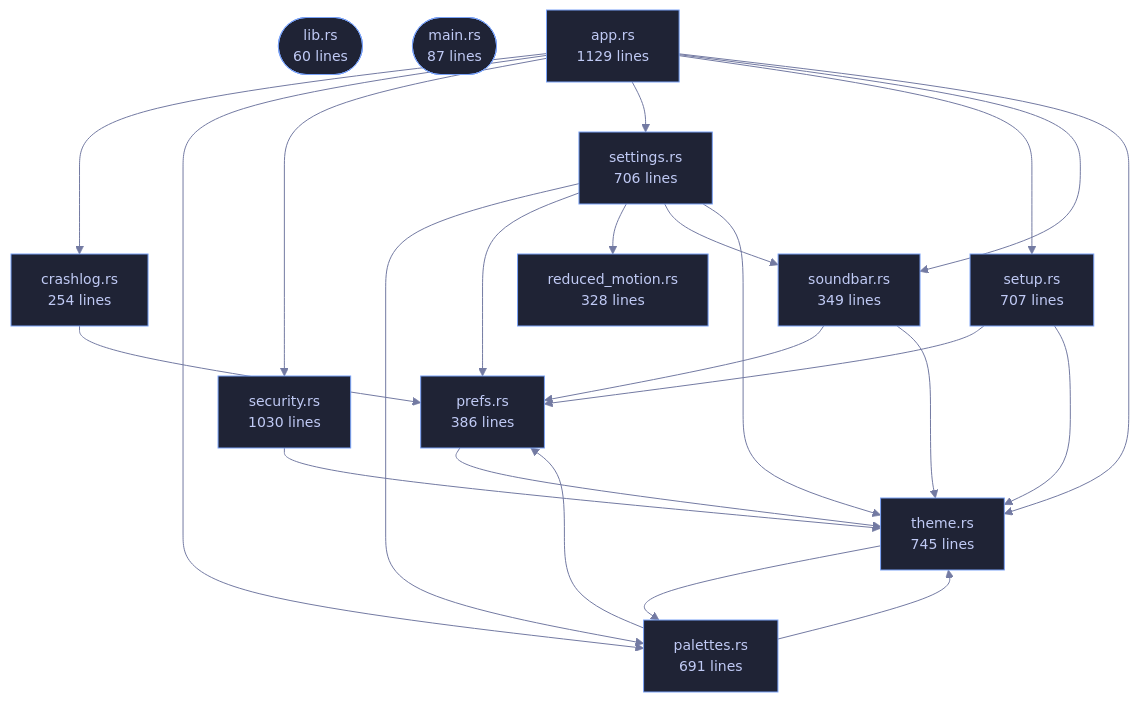
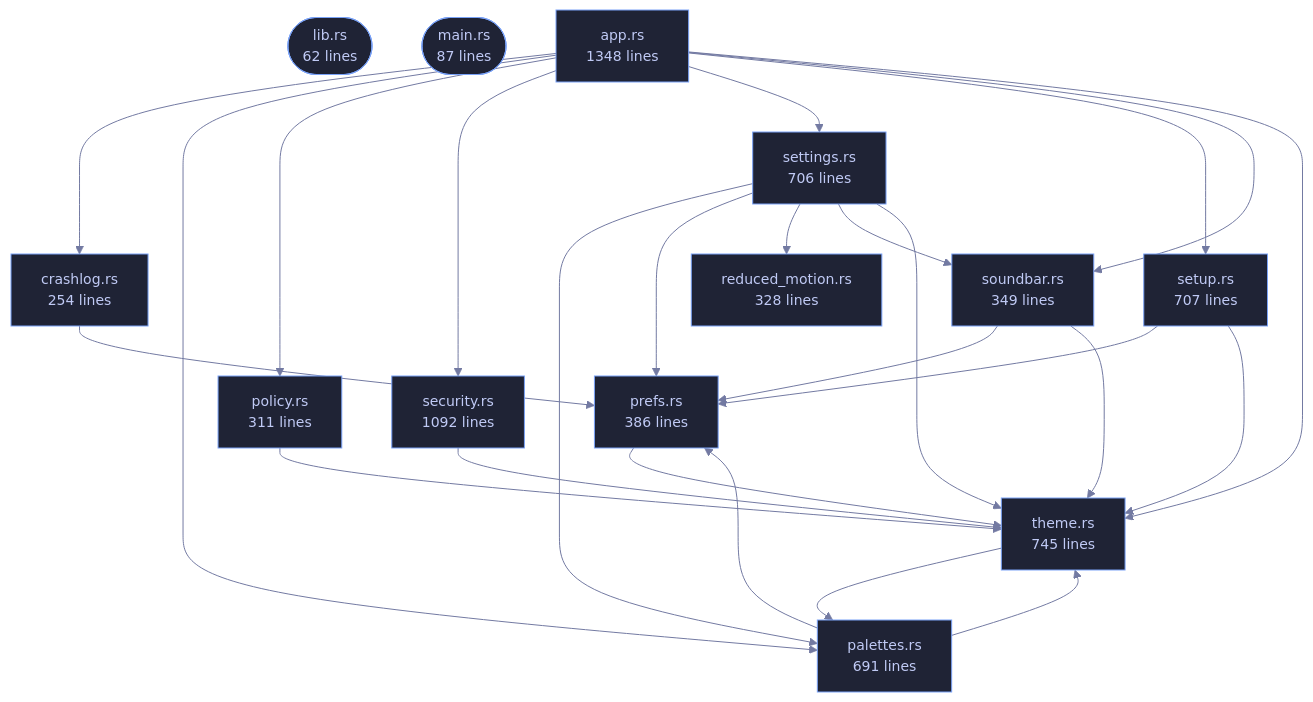
One commit to tilas01/veilvoice changed the diagram in crates/veilvoice-gui/README.md. Above: the diagram before and after it, drawn with Mermaid. The commit also changed other lines of this file and 68 other files, not shown here.

````diff
--- a/crates/veilvoice-gui/README.md
+++ b/crates/veilvoice-gui/README.md
@@ -72,50 +73,54 @@
 ```mermaid
 %%{init: {"theme":"base","themeVariables":{"background":"#1a1b26","primaryColor":"#1f2335","primaryTextColor":"#c0caf5","primaryBorderColor":"#7aa2f7","secondaryColor":"#16161e","tertiaryColor":"#16161e","lineColor":"#737aa2","textColor":"#c0caf5","mainBkg":"#1f2335","nodeBorder":"#7aa2f7","clusterBkg":"#16161e","clusterBorder":"#2f3549","fontFamily":"ui-monospace, SFMono-Regular, Consolas, monospace","fontSize":"14px"}}}%%
 flowchart TD
-    n_lib(["lib.rs<br/>60 lines"])
+    n_lib(["lib.rs<br/>62 lines"])
     n_main(["main.rs<br/>87 lines"])
-    n_app["app.rs<br/>1129 lines"]
+    n_app["app.rs<br/>1348 lines"]
     n_crashlog["crashlog.rs<br/>254 lines"]
     n_palettes["palettes.rs<br/>691 lines"]
+    n_policy["policy.rs<br/>311 lines"]
     n_prefs["prefs.rs<br/>386 lines"]
     n_reduced_motion["reduced_motion.rs<br/>328 lines"]
-    n_security["security.rs<br/>1030 lines"]
+    n_security["security.rs<br/>1092 lines"]
     n_settings["settings.rs<br/>706 lines"]
     n_setup["setup.rs<br/>707 lines"]
     n_soundbar["soundbar.rs<br/>349 lines"]
     n_theme["theme.rs<br/>745 lines"]
     n_app --> n_crashlog
     n_app --> n_palettes
+    n_app --> n_policy
     n_app --> n_security
     n_app --> n_settings
     n_app --> n_setup
     n_app --> n_soundbar
     n_app --> n_theme
     n_crashlog --> n_prefs
     n_palettes --> n_prefs
     n_palettes --> n_theme
+    n_policy --> n_theme
     n_prefs --> n_theme
     n_security --> n_theme
     n_settings --> n_palettes
     n_settings --> n_prefs
     n_settings --> n_reduced_motion
     n_settings --> n_soundbar
     n_settings --> n_theme
     n_setup --> n_prefs
     n_setup --> n_theme
     n_soundbar --> n_prefs
     n_soundbar --> n_theme
     n_theme --> n_palettes
     click n_lib href "https://github.com/tilas01/veilvoice/blob/main/crates/veilvoice-gui/src/lib.rs" "open the source"
     click n_main href "https://github.com/tilas01/veilvoice/blob/main/crates/veilvoice-gui/src/main.rs" "open the source"
     click n_app href "https://github.com/tilas01/veilvoice/blob/main/crates/veilvoice-gui/src/app.rs" "open the source"
     click n_crashlog href "https://github.com/tilas01/veilvoice/blob/main/crates/veilvoice-gui/src/crashlog.rs" "open the source"
     click n_palettes href "https://github.com/tilas01/veilvoice/blob/main/crates/veilvoice-gui/src/palettes.rs" "open the source"
+    click n_policy href "https://github.com/tilas01/veilvoice/blob/main/crates/veilvoice-gui/src/policy.rs" "open the source"
     click n_prefs href "https://github.com/tilas01/veilvoice/blob/main/crates/veilvoice-gui/src/prefs.rs" "open the source"
     click n_reduced_motion href "https://github.com/tilas01/veilvoice/blob/main/crates/veilvoice-gui/src/reduced_motion.rs" "open the source"
     click n_security href "https://github.com/tilas01/veilvoice/blob/main/crates/veilvoice-gui/src/security.rs" "open the source"
     click n_settings href "https://github.com/tilas01/veilvoice/blob/main/crates/veilvoice-gui/src/settings.rs" "open the source"
     click n_setup href "https://github.com/tilas01/veilvoice/blob/main/crates/veilvoice-gui/src/setup.rs" "open the source"
     click n_soundbar href "https://github.com/tilas01/veilvoice/blob/main/crates/veilvoice-gui/src/soundbar.rs" "open the source"
     click n_theme href "https://github.com/tilas01/veilvoice/blob/main/crates/veilvoice-gui/src/theme.rs" "open the source"
 ```
````
